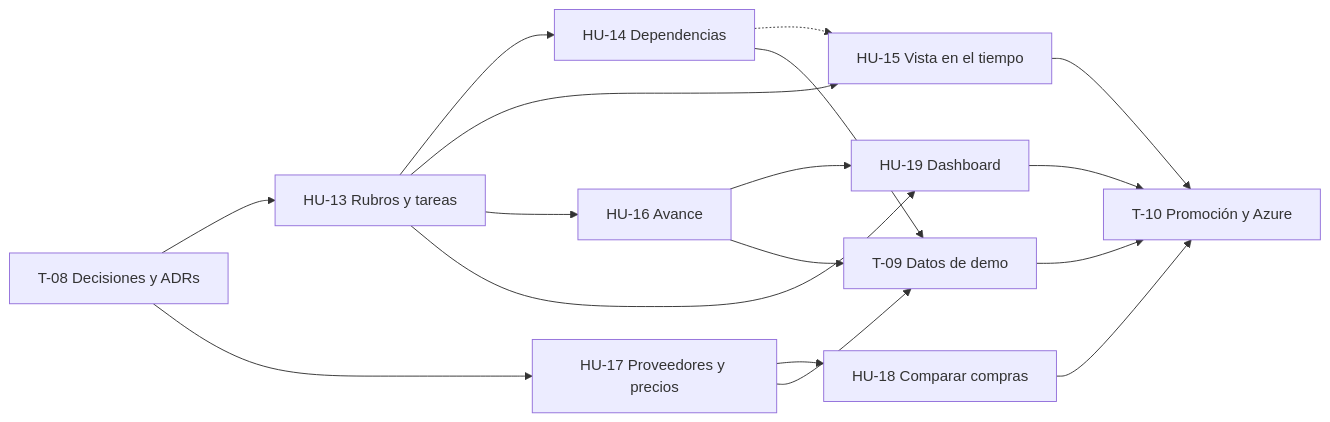
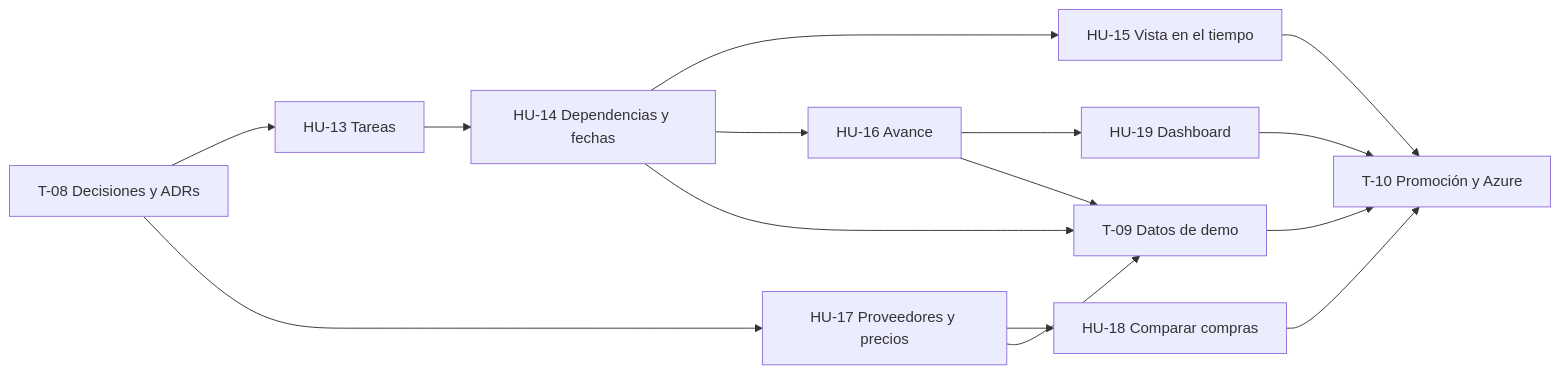
One commit to uca-argentina/pid-2026-doblews changed the diagram in docs/historias/sprint-3.md. Above: the diagram before and after it, drawn with Mermaid. The commit also changed other lines of this file and 3 other files, not shown here.

````diff
--- a/docs/historias/sprint-3.md
+++ b/docs/historias/sprint-3.md
@@ -304,19 +323,17 @@
 ```mermaid
 flowchart LR
-    T08[T-08 Decisiones y ADRs] --> HU13[HU-13 Rubros y tareas]
+    T08[T-08 Decisiones y ADRs] --> HU13[HU-13 Tareas]
     T08 --> HU17[HU-17 Proveedores y precios]
-    HU13 --> HU14[HU-14 Dependencias]
-    HU13 --> HU15[HU-15 Vista en el tiempo]
-    HU13 --> HU16[HU-16 Avance]
-    HU14 -.-> HU15
+    HU13 --> HU14[HU-14 Dependencias y fechas]
+    HU14 --> HU15[HU-15 Vista en el tiempo]
+    HU14 --> HU16[HU-16 Avance]
     HU17 --> HU18[HU-18 Comparar compras]
     HU16 --> HU19[HU-19 Dashboard]
-    HU13 --> HU19
     HU14 --> T09[T-09 Datos de demo]
     HU16 --> T09
     HU17 --> T09
     HU19 --> T10[T-10 Promoción y Azure]
     HU15 --> T10
     HU18 --> T10
     T09 --> T10
 ```
````
